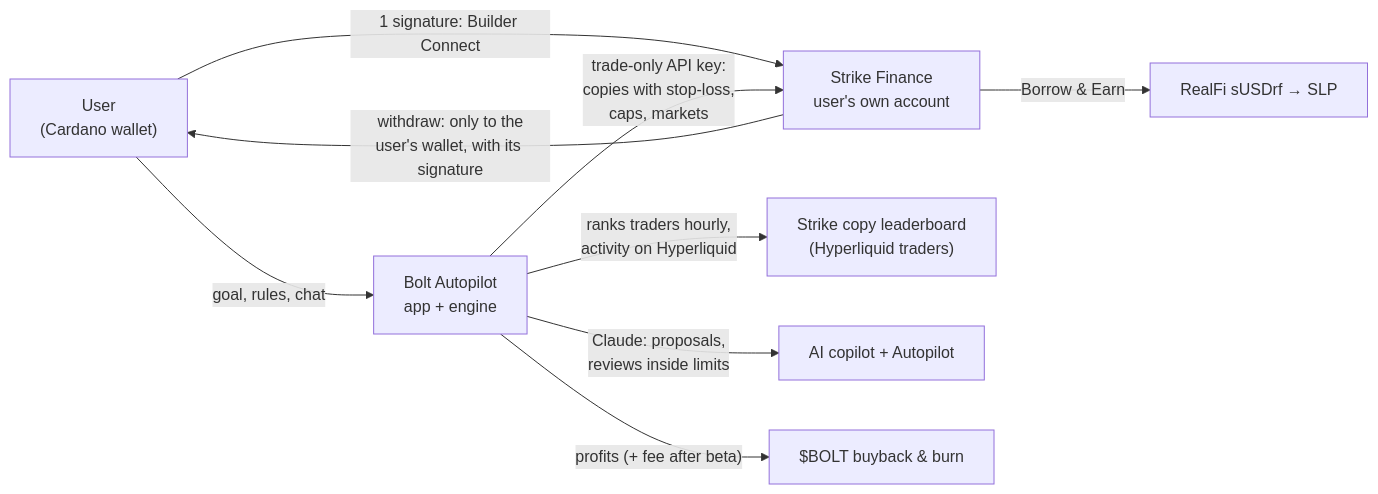
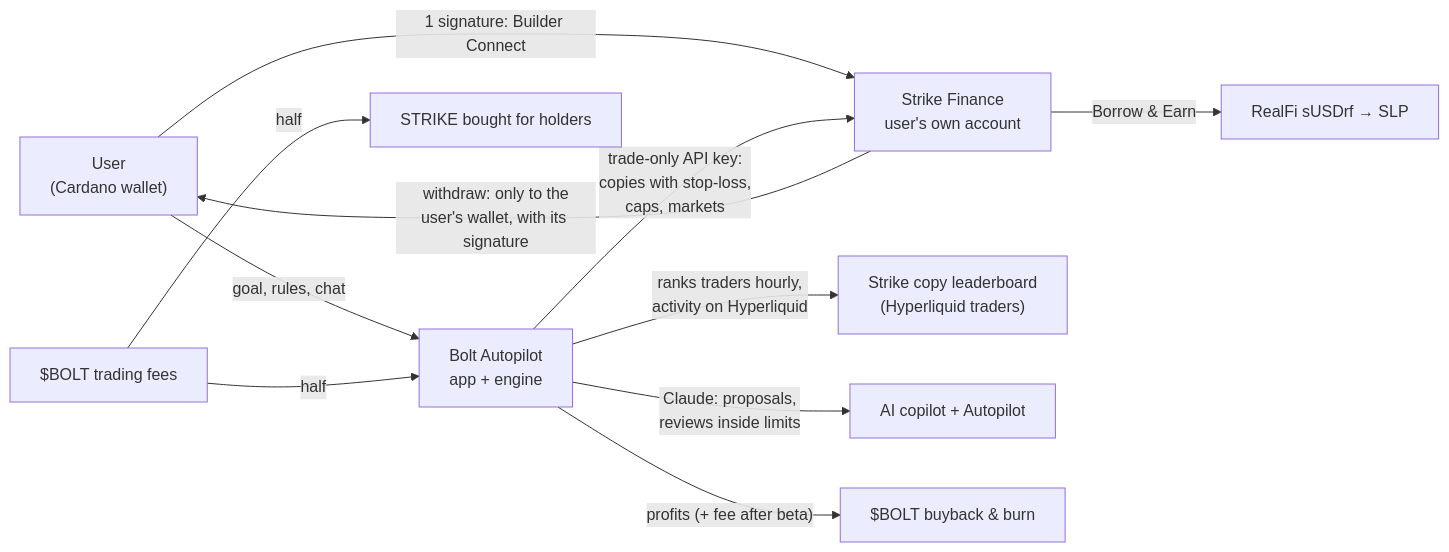
Before and after one commit to BoltTheStriker/bolt-autopilot: the diagram in docs/hackathon/SUBMISSION.md, drawn with Mermaid. The commit also changed other lines of this file and 2 other files, not shown here.

Commit message:
Flywheel: trading $BOLT buys STRIKE

````diff
--- a/docs/hackathon/SUBMISSION.md
+++ b/docs/hackathon/SUBMISSION.md
@@ -56,11 +56,13 @@
 ```mermaid
 flowchart LR
   U["User\n(Cardano wallet)"] -->|"1 signature: Builder Connect"| S["Strike Finance\nuser's own account"]
   U -->|"goal, rules, chat"| B["Bolt Autopilot\napp + engine"]
   B -->|"ranks traders hourly,\nactivity on Hyperliquid"| L["Strike copy leaderboard\n(Hyperliquid traders)"]
   B -->|"trade-only API key:\ncopies with stop-loss,\ncaps, markets"| S
   B -->|"Claude: proposals,\nreviews inside limits"| C["AI copilot + Autopilot"]
   S -->|"Borrow & Earn"| R["RealFi sUSDrf → SLP"]
   S -->|"withdraw: only to the\nuser's wallet, with its signature"| U
   B -->|"profits (+ fee after beta)"| F["$BOLT buyback & burn"]
+  T["$BOLT trading fees"] -->|"half"| ST["STRIKE bought for holders"]
+  T -->|"half"| B
 ```
````
